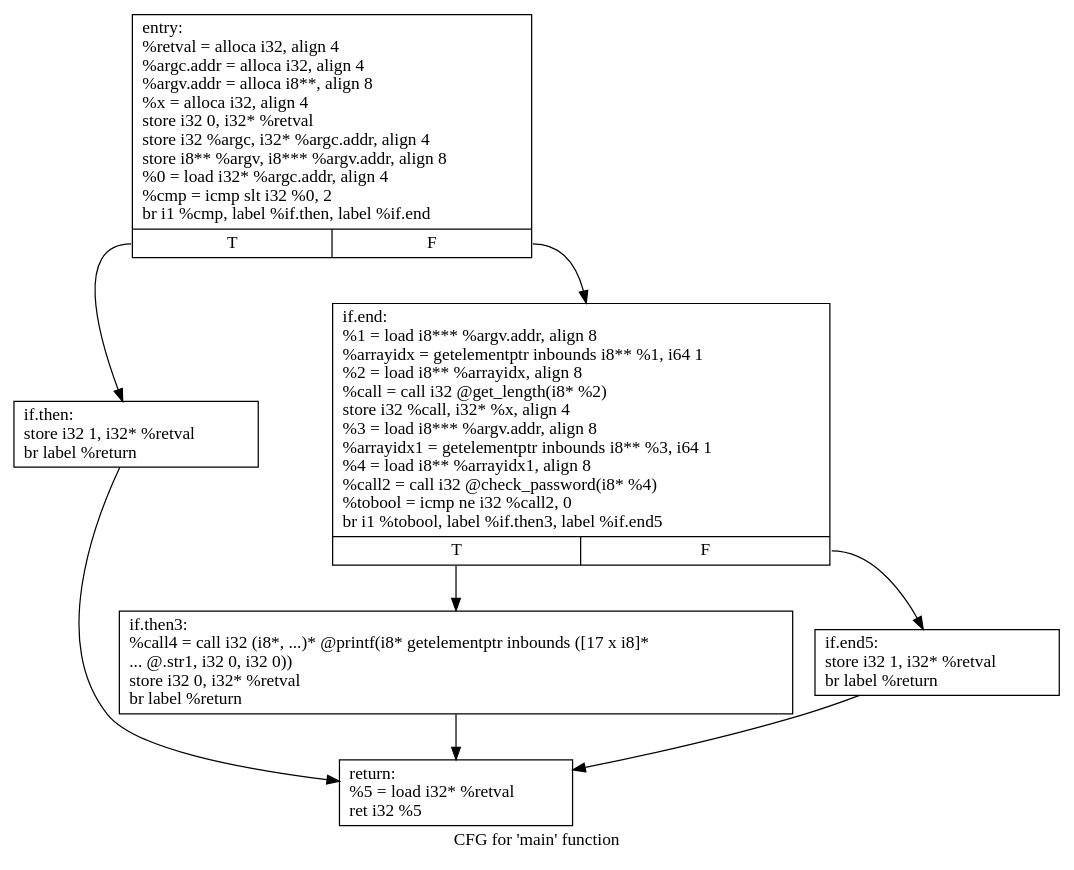
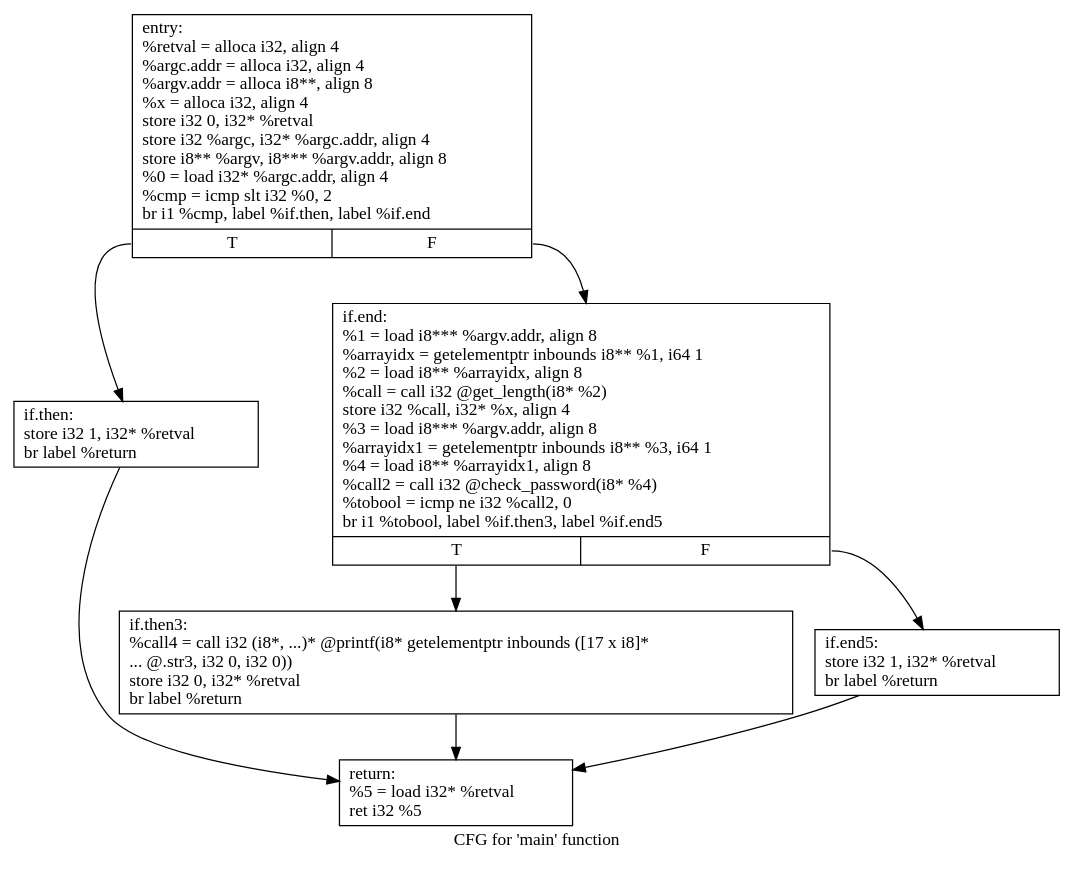
The diagram in Experiment/cfg/cfg.main.dot (davidbuterez/urop-chopped-symbolic-execution), drawn with Graphviz before and after one commit. The commit also changed 38 other files, not shown here.

```diff
--- a/Experiment/cfg/cfg.main.dot
+++ b/Experiment/cfg/cfg.main.dot
@@ -1,17 +1,17 @@
 digraph "CFG for 'main' function" {
 	label="CFG for 'main' function";
 
-	Node0x4737950 [shape=record,label="{entry:\l  %retval = alloca i32, align 4\l  %argc.addr = alloca i32, align 4\l  %argv.addr = alloca i8**, align 8\l  %x = alloca i32, align 4\l  store i32 0, i32* %retval\l  store i32 %argc, i32* %argc.addr, align 4\l  store i8** %argv, i8*** %argv.addr, align 8\l  %0 = load i32* %argc.addr, align 4\l  %cmp = icmp slt i32 %0, 2\l  br i1 %cmp, label %if.then, label %if.end\l|{<s0>T|<s1>F}}"];
-	Node0x4737950:s0 -> Node0x47379b0;
-	Node0x4737950:s1 -> Node0x4737a10;
-	Node0x47379b0 [shape=record,label="{if.then:                                          \l  store i32 1, i32* %retval\l  br label %return\l}"];
-	Node0x47379b0 -> Node0x4737b30;
-	Node0x4737a10 [shape=record,label="{if.end:                                           \l  %1 = load i8*** %argv.addr, align 8\l  %arrayidx = getelementptr inbounds i8** %1, i64 1\l  %2 = load i8** %arrayidx, align 8\l  %call = call i32 @get_length(i8* %2)\l  store i32 %call, i32* %x, align 4\l  %3 = load i8*** %argv.addr, align 8\l  %arrayidx1 = getelementptr inbounds i8** %3, i64 1\l  %4 = load i8** %arrayidx1, align 8\l  %call2 = call i32 @check_password(i8* %4)\l  %tobool = icmp ne i32 %call2, 0\l  br i1 %tobool, label %if.then3, label %if.end5\l|{<s0>T|<s1>F}}"];
-	Node0x4737a10:s0 -> Node0x4737a70;
-	Node0x4737a10:s1 -> Node0x4737ad0;
-	Node0x4737a70 [shape=record,label="{if.then3:                                         \l  %call4 = call i32 (i8*, ...)* @printf(i8* getelementptr inbounds ([17 x i8]*\l... @.str1, i32 0, i32 0))\l  store i32 0, i32* %retval\l  br label %return\l}"];
-	Node0x4737a70 -> Node0x4737b30;
-	Node0x4737ad0 [shape=record,label="{if.end5:                                          \l  store i32 1, i32* %retval\l  br label %return\l}"];
-	Node0x4737ad0 -> Node0x4737b30;
-	Node0x4737b30 [shape=record,label="{return:                                           \l  %5 = load i32* %retval\l  ret i32 %5\l}"];
+	Node0x44f6c50 [shape=record,label="{entry:\l  %retval = alloca i32, align 4\l  %argc.addr = alloca i32, align 4\l  %argv.addr = alloca i8**, align 8\l  %x = alloca i32, align 4\l  store i32 0, i32* %retval\l  store i32 %argc, i32* %argc.addr, align 4\l  store i8** %argv, i8*** %argv.addr, align 8\l  %0 = load i32* %argc.addr, align 4\l  %cmp = icmp slt i32 %0, 2\l  br i1 %cmp, label %if.then, label %if.end\l|{<s0>T|<s1>F}}"];
+	Node0x44f6c50:s0 -> Node0x44f6cb0;
+	Node0x44f6c50:s1 -> Node0x44f6d10;
+	Node0x44f6cb0 [shape=record,label="{if.then:                                          \l  store i32 1, i32* %retval\l  br label %return\l}"];
+	Node0x44f6cb0 -> Node0x44f6e30;
+	Node0x44f6d10 [shape=record,label="{if.end:                                           \l  %1 = load i8*** %argv.addr, align 8\l  %arrayidx = getelementptr inbounds i8** %1, i64 1\l  %2 = load i8** %arrayidx, align 8\l  %call = call i32 @get_length(i8* %2)\l  store i32 %call, i32* %x, align 4\l  %3 = load i8*** %argv.addr, align 8\l  %arrayidx1 = getelementptr inbounds i8** %3, i64 1\l  %4 = load i8** %arrayidx1, align 8\l  %call2 = call i32 @check_password(i8* %4)\l  %tobool = icmp ne i32 %call2, 0\l  br i1 %tobool, label %if.then3, label %if.end5\l|{<s0>T|<s1>F}}"];
+	Node0x44f6d10:s0 -> Node0x44f6d70;
+	Node0x44f6d10:s1 -> Node0x44f6dd0;
+	Node0x44f6d70 [shape=record,label="{if.then3:                                         \l  %call4 = call i32 (i8*, ...)* @printf(i8* getelementptr inbounds ([17 x i8]*\l... @.str3, i32 0, i32 0))\l  store i32 0, i32* %retval\l  br label %return\l}"];
+	Node0x44f6d70 -> Node0x44f6e30;
+	Node0x44f6dd0 [shape=record,label="{if.end5:                                          \l  store i32 1, i32* %retval\l  br label %return\l}"];
+	Node0x44f6dd0 -> Node0x44f6e30;
+	Node0x44f6e30 [shape=record,label="{return:                                           \l  %5 = load i32* %retval\l  ret i32 %5\l}"];
 }
```
